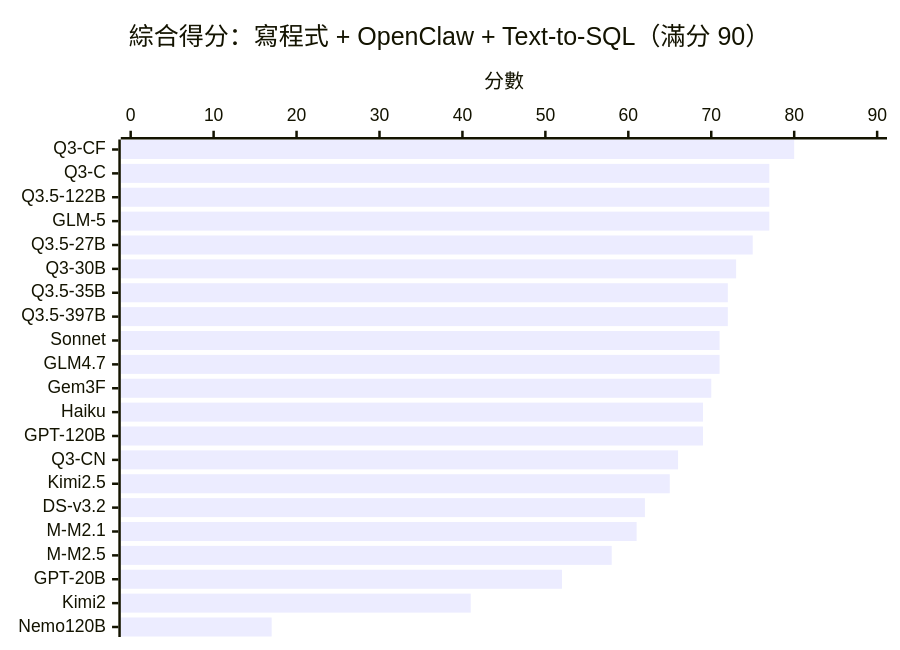
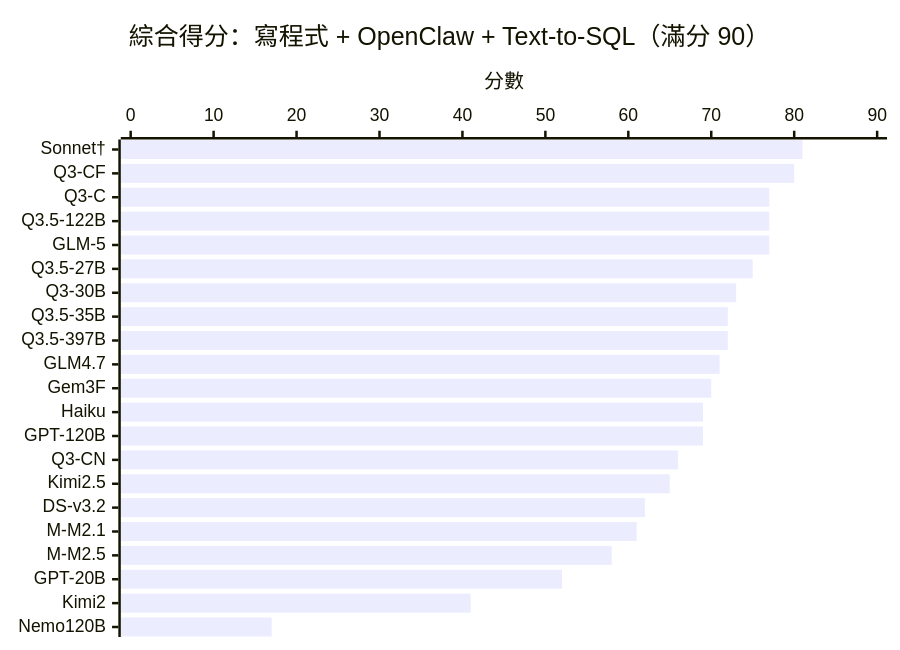
One commit to ywchiu/local_agentic_llm changed the first of 2 diagrams in README_zh.md. Above: the diagram before and after it, drawn with Mermaid. The commit also changed other lines of this file and 1 other file, not shown here.

First line of the commit message:
docs: promote Sonnet 4.6 to #1 with Claude Code score (81/90)

````diff
--- a/README_zh.md
+++ b/README_zh.md
@@ -18,7 +18,7 @@
 ```mermaid
 xychart-beta horizontal
     title "綜合得分：寫程式 + OpenClaw + Text-to-SQL（滿分 90）"
-    x-axis ["Q3-CF", "Q3-C", "Q3.5-122B", "GLM-5", "Q3.5-27B", "Q3-30B", "Q3.5-35B", "Q3.5-397B", "Sonnet", "GLM4.7", "Gem3F", "Haiku", "GPT-120B", "Q3-CN", "Kimi2.5", "DS-v3.2", "M-M2.1", "M-M2.5", "GPT-20B", "Kimi2", "Nemo120B"]
+    x-axis ["Sonnet†", "Q3-CF", "Q3-C", "Q3.5-122B", "GLM-5", "Q3.5-27B", "Q3-30B", "Q3.5-35B", "Q3.5-397B", "GLM4.7", "Gem3F", "Haiku", "GPT-120B", "Q3-CN", "Kimi2.5", "DS-v3.2", "M-M2.1", "M-M2.5", "GPT-20B", "Kimi2", "Nemo120B"]
     y-axis "分數" 0 --> 90
-    bar [80, 77, 77, 77, 75, 73, 72, 72, 71, 71, 70, 69, 69, 66, 65, 62, 61, 58, 52, 41, 17]
+    bar [81, 80, 77, 77, 77, 75, 73, 72, 72, 71, 70, 69, 69, 66, 65, 62, 61, 58, 52, 41, 17]
 ```
````
